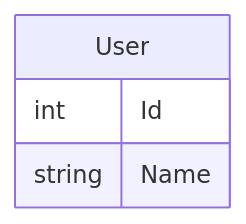
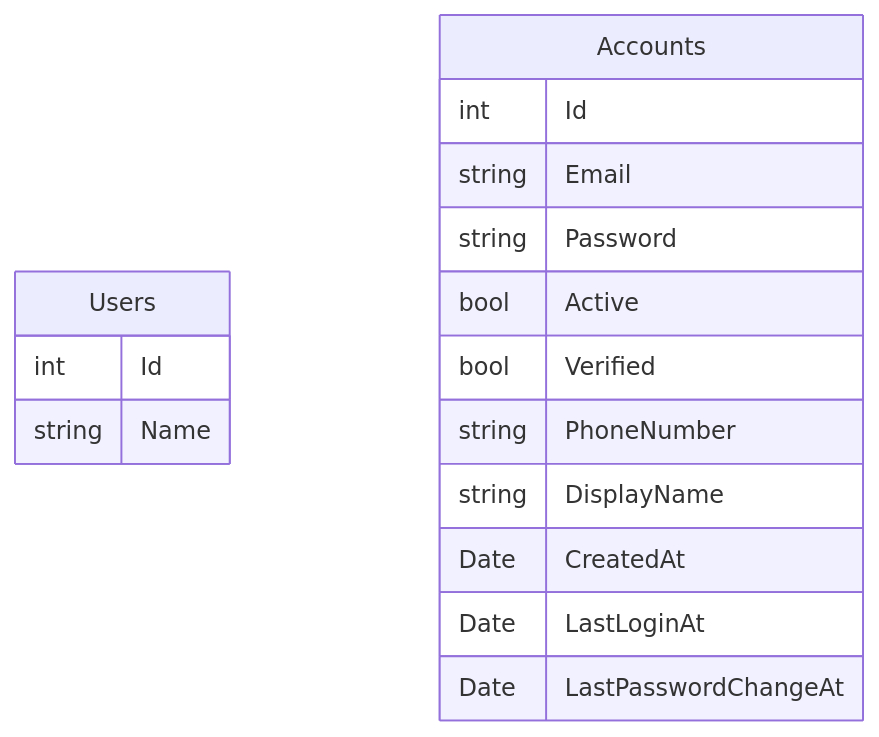
The diagram in README.md (zpi-2023/SensoBackend), drawn with Mermaid before and after one commit. The commit also changed other lines of this file and 52 other files, not shown here.

````diff
--- a/README.md
+++ b/README.md
@@ -73,7 +78,20 @@
 ```mermaid
 erDiagram
-    User {
+    Users {
         int Id 
         string Name 
     }
+
+    Accounts {
+        int Id
+        string Email
+        string Password
+        bool Active
+        bool Verified
+        string PhoneNumber
+        string DisplayName
+        Date CreatedAt
+        Date LastLoginAt
+        Date LastPasswordChangeAt
+    }
 ```
````
